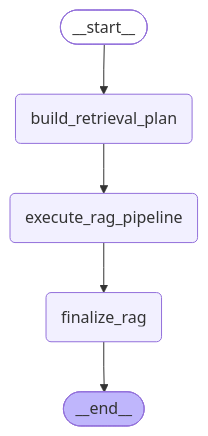
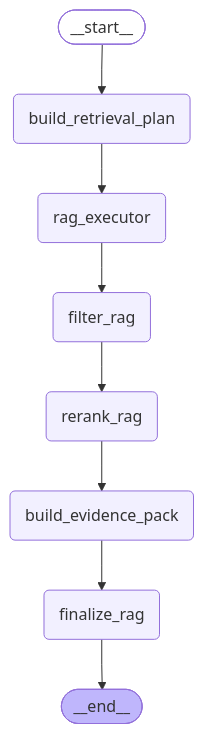
One commit to leo514937/ai-agent changed the third of 5 diagrams in docs/p1.5/baseline_freeze/graphs/langgraph_topology.md. Above: the diagram before and after it, drawn with Mermaid. The commit also changed other lines of this file and 209 other files, not shown here.

````diff
--- a/docs/p1.5/baseline_freeze/graphs/langgraph_topology.md
+++ b/docs/p1.5/baseline_freeze/graphs/langgraph_topology.md
@@ -119,21 +290,27 @@
 ```mermaid
 ---
 config:
   flowchart:
     curve: linear
 ---
 graph TD;
 	__start__([<p>__start__</p>]):::first
 	build_retrieval_plan(build_retrieval_plan)
-	execute_rag_pipeline(execute_rag_pipeline)
+	rag_executor(rag_executor)
+	filter_rag(filter_rag)
+	rerank_rag(rerank_rag)
+	build_evidence_pack(build_evidence_pack)
 	finalize_rag(finalize_rag)
 	__end__([<p>__end__</p>]):::last
 	__start__ --> build_retrieval_plan;
-	build_retrieval_plan --> execute_rag_pipeline;
-	execute_rag_pipeline --> finalize_rag;
+	build_evidence_pack --> finalize_rag;
+	build_retrieval_plan --> rag_executor;
+	filter_rag --> rerank_rag;
+	rag_executor --> filter_rag;
+	rerank_rag --> build_evidence_pack;
 	finalize_rag --> __end__;
 	classDef default fill:#f2f0ff,line-height:1.2
 	classDef first fill-opacity:0
 	classDef last fill:#bfb6fc
 
 ```
````
